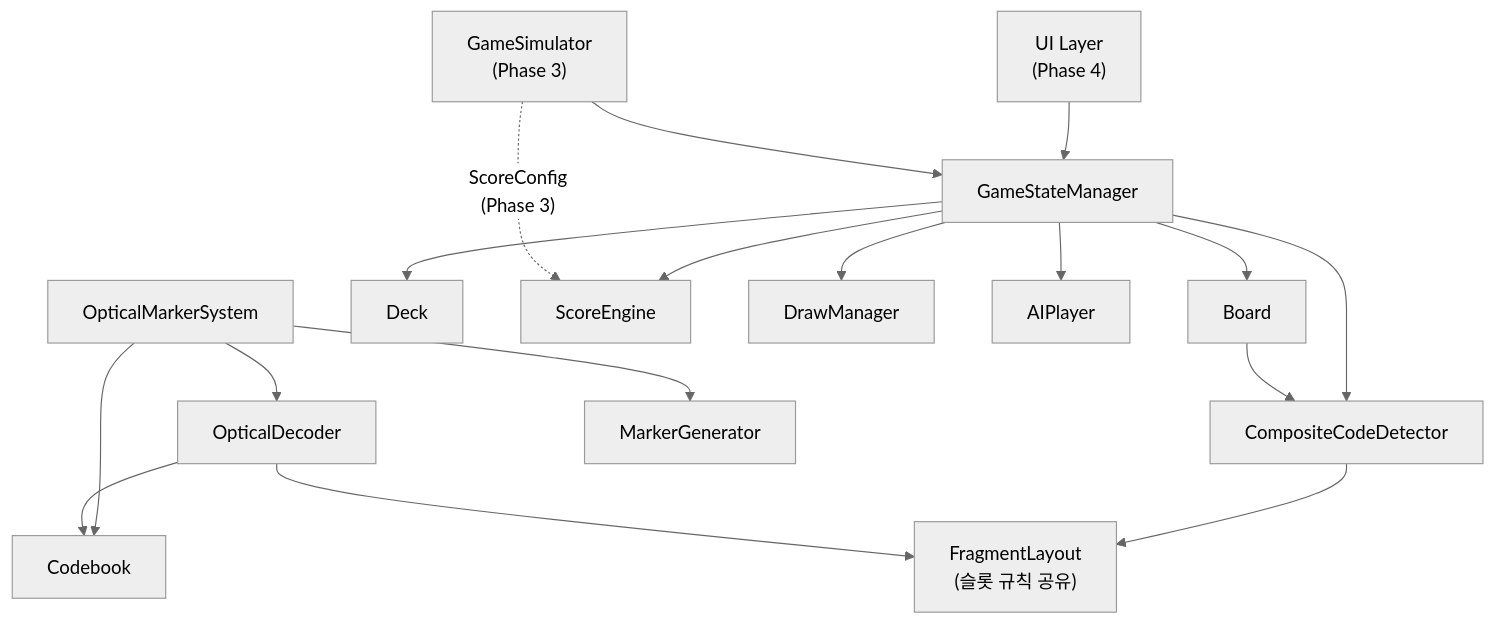
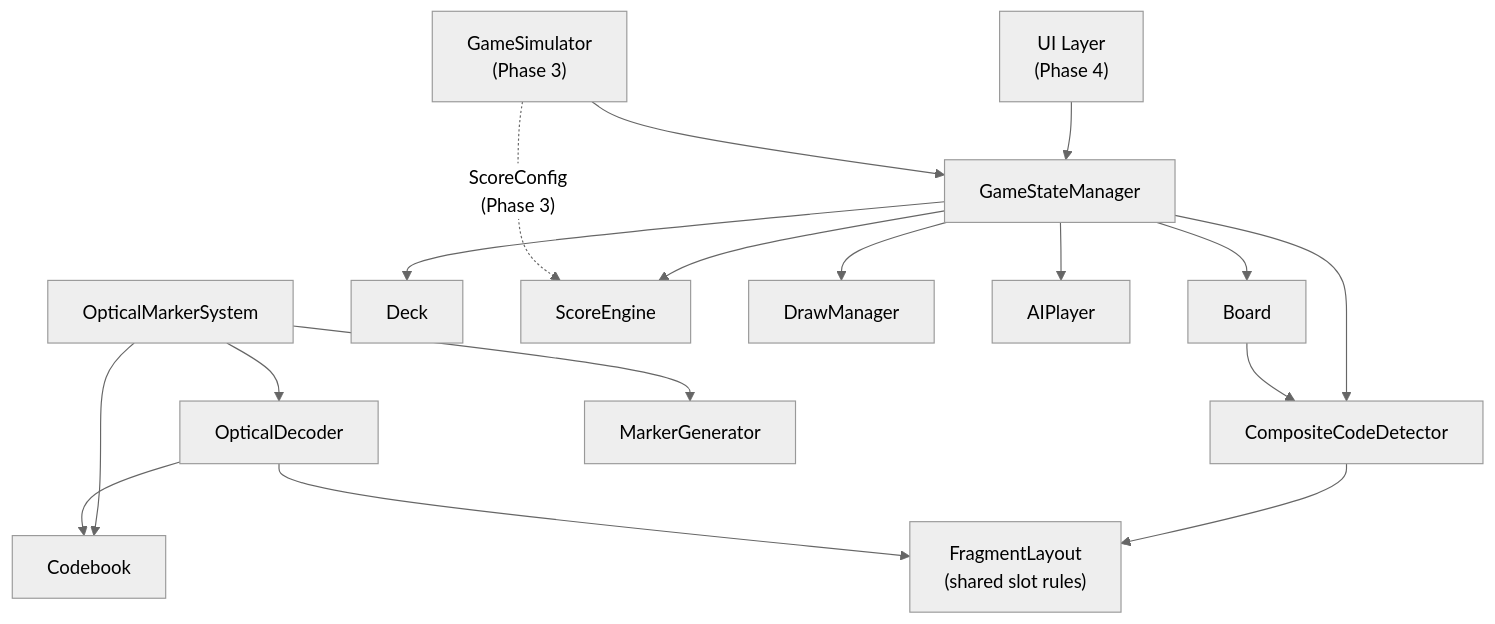
The diagram in .kiro/specs/qroker-game/design.md (goalan70-eng/qroker-kiroween), drawn with Mermaid (neutral theme) before and after one commit. The commit also changed other lines of this file and 1 other file, not shown here.

````diff
--- a/.kiro/specs/qroker-game/design.md
+++ b/.kiro/specs/qroker-game/design.md
@@ -26,34 +26,34 @@
 ```mermaid
 graph TD
     UI["UI Layer\n(Phase 4)"]
     GSM["GameStateManager"]
     BE["Board"]
     DE["Deck"]
     CCD["CompositeCodeDetector"]
     SE["ScoreEngine"]
     DM["DrawManager"]
     AI["AIPlayer"]
     SIM["GameSimulator\n(Phase 3)"]
     OMS["OpticalMarkerSystem"]
     CB["Codebook"]
     OD["OpticalDecoder"]
     MG["MarkerGenerator"]
-    FL["FragmentLayout\n(슬롯 규칙 공유)"]
+    FL["FragmentLayout\n(shared slot rules)"]
 
     UI --> GSM
     GSM --> BE
     GSM --> DE
     GSM --> SE
     GSM --> DM
     GSM --> AI
     GSM --> CCD
     BE --> CCD
     CCD --> FL
     OMS --> CB
     OMS --> OD
     OMS --> MG
     OD --> FL
     OD --> CB
     SIM --> GSM
     SIM -.->|"ScoreConfig\n(Phase 3)"| SE
 ```
````
